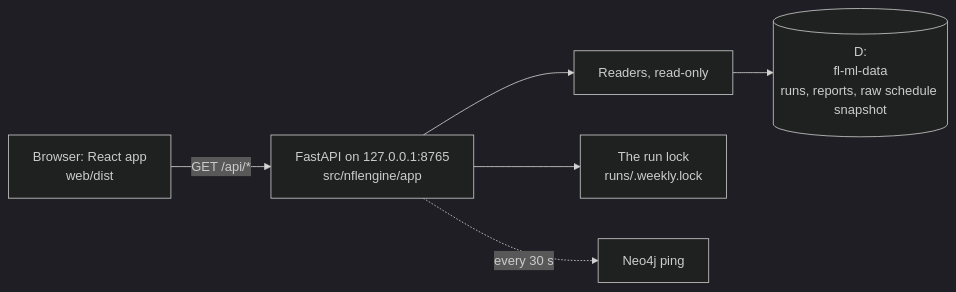
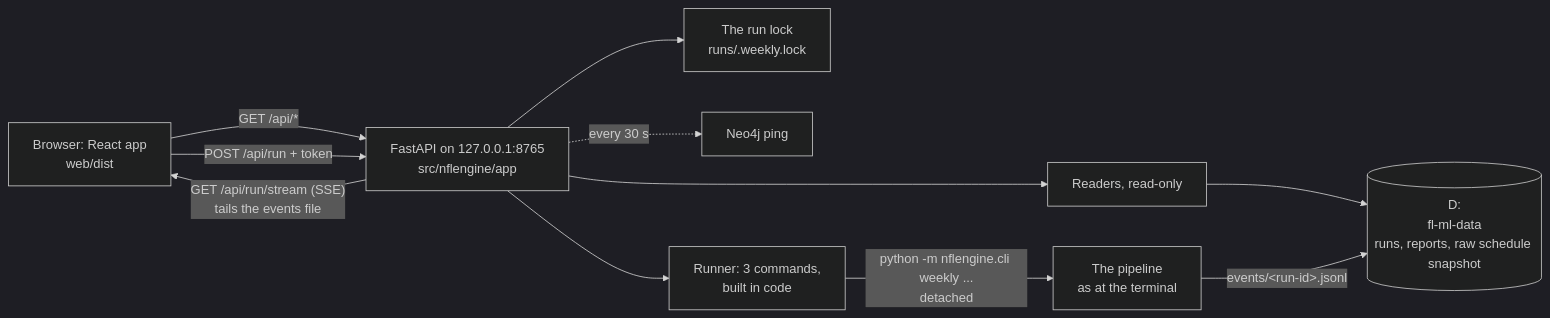
The diagram in documentation/guides/control-room.md (RishiJain905/NFL-ML-AI), drawn with Mermaid (dark theme) before and after one commit. The commit also changed other lines of this file and 14 other files, not shown here.

````diff
--- a/documentation/guides/control-room.md
+++ b/documentation/guides/control-room.md
@@ -149,8 +188,13 @@
 ```mermaid
 flowchart LR
     B[Browser: React app<br/>web/dist] -- "GET /api/*" --> A[FastAPI on 127.0.0.1:8765<br/>src/nflengine/app]
     A --> R[Readers, read-only]
     R --> D[(D:\nfl-ml-data<br/>runs, reports, raw schedule snapshot)]
     A --> L[The run lock<br/>runs/.weekly.lock]
     A -. every 30 s .-> N[Neo4j ping]
+    B -- "POST /api/run + token" --> A
+    A --> X[Runner: 3 commands,<br/>built in code]
+    X -- "python -m nflengine.cli weekly ...<br/>detached" --> P[The pipeline<br/>as at the terminal]
+    P -- "events/&lt;run-id&gt;.jsonl" --> D
+    A -- "GET /api/run/stream (SSE)<br/>tails the events file" --> B
 ```
````
